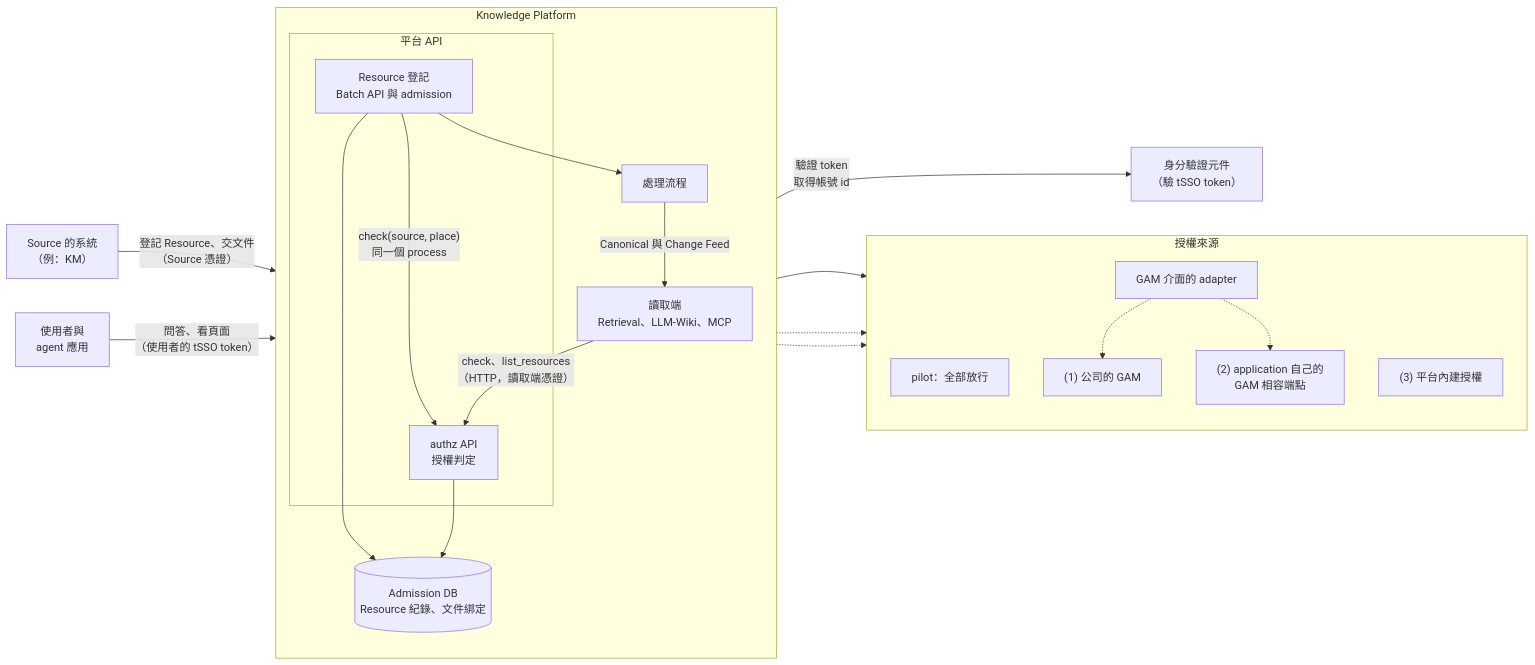
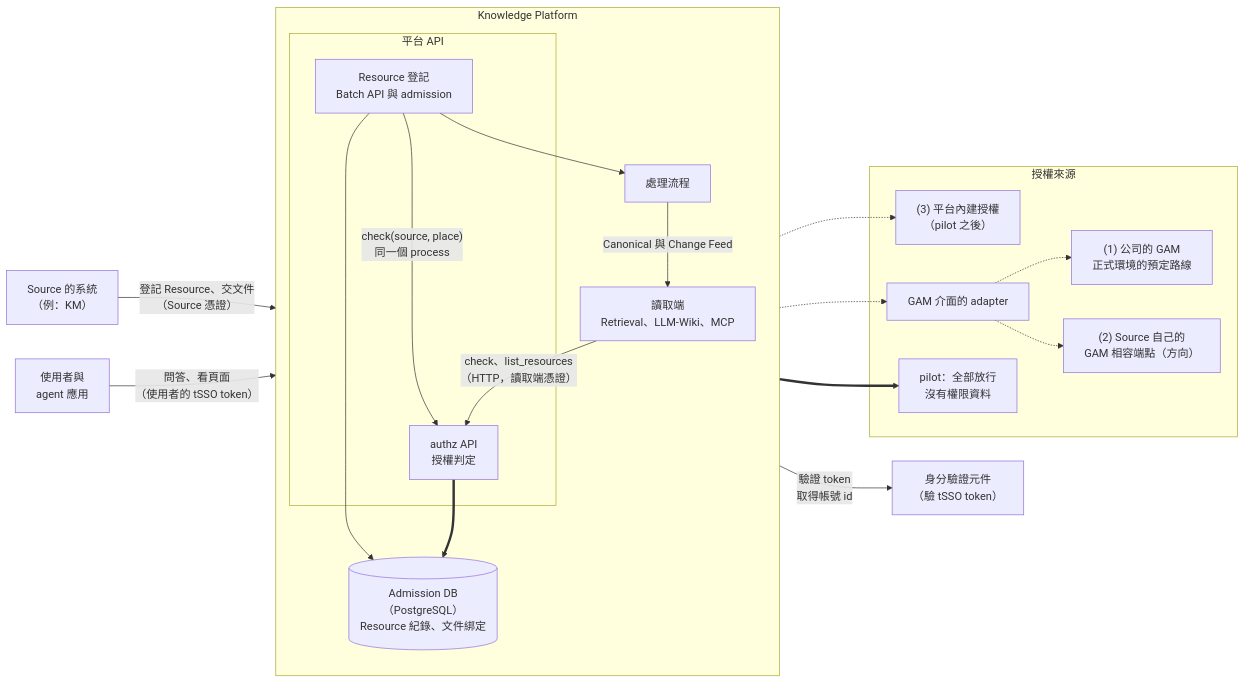
One commit to davidlinnnn/data-ingestion changed the first of 6 diagrams in docs/design/knowledge-platform-authorization-guide.md. Above: the diagram before and after it, drawn with Mermaid. The commit also changed other lines of this file and 4 other files, not shown here.

````diff
--- a/docs/design/knowledge-platform-authorization-guide.md
+++ b/docs/design/knowledge-platform-authorization-guide.md
@@ -52,38 +61,37 @@
 ```mermaid
 flowchart LR
   S["Source 的系統<br/>（例：KM）"]
   U["使用者與<br/>agent 應用"]
   AUTH["身分驗證元件<br/>（驗 tSSO token）"]
   subgraph kp["Knowledge Platform"]
     direction TB
     subgraph api["平台 API"]
       ADM["Resource 登記<br/>Batch API 與 admission"]
       AZ["authz API<br/>授權判定"]
     end
-    DB[("Admission DB<br/>Resource 紀錄、文件綁定")]
+    DB[("Admission DB（PostgreSQL）<br/>Resource 紀錄、文件綁定")]
     PROC["處理流程"]
     PEP["讀取端<br/>Retrieval、LLM-Wiki、MCP"]
   end
   subgraph prov["授權來源"]
-    direction TB
-    P0["pilot：全部放行"]
+    P3["(3) 平台內建授權<br/>（pilot 之後）"]
     GA["GAM 介面的 adapter"]
-    P1["(1) 公司的 GAM"]
-    P2["(2) application 自己的<br/>GAM 相容端點"]
-    P3["(3) 平台內建授權"]
+    P1["(1) 公司的 GAM<br/>正式環境的預定路線"]
+    P2["(2) Source 自己的<br/>GAM 相容端點（方向）"]
+    P0["pilot：全部放行<br/>沒有權限資料"]
   end
   S -- "登記 Resource、交文件<br/>（Source 憑證）" --> ADM
   ADM -- "check(source, place)<br/>同一個 process" --> AZ
   ADM --> DB
   ADM --> PROC
   PROC -- "Canonical 與 Change Feed" --> PEP
   U -- "問答、看頁面<br/>（使用者的 tSSO token）" --> PEP
   PEP -- "驗證 token<br/>取得帳號 id" --> AUTH
   PEP -- "check、list_resources<br/>（HTTP，讀取端憑證）" --> AZ
-  AZ --> DB
-  AZ --> P0
+  AZ ==> DB
+  AZ -.-> P3
   AZ -.-> GA
   GA -.-> P1
   GA -.-> P2
-  AZ -.-> P3
+  AZ ==> P0
 ```
````
